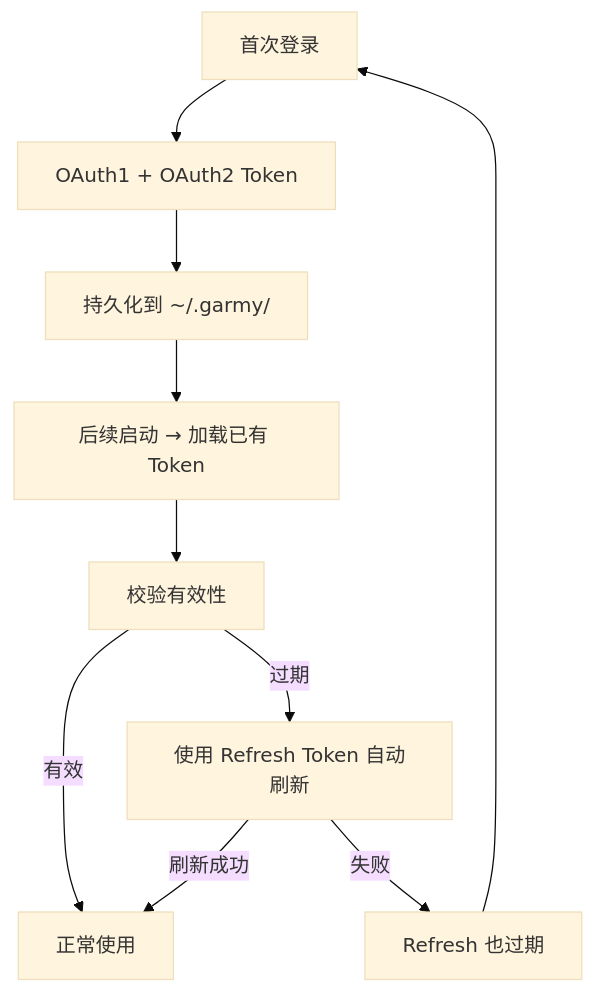
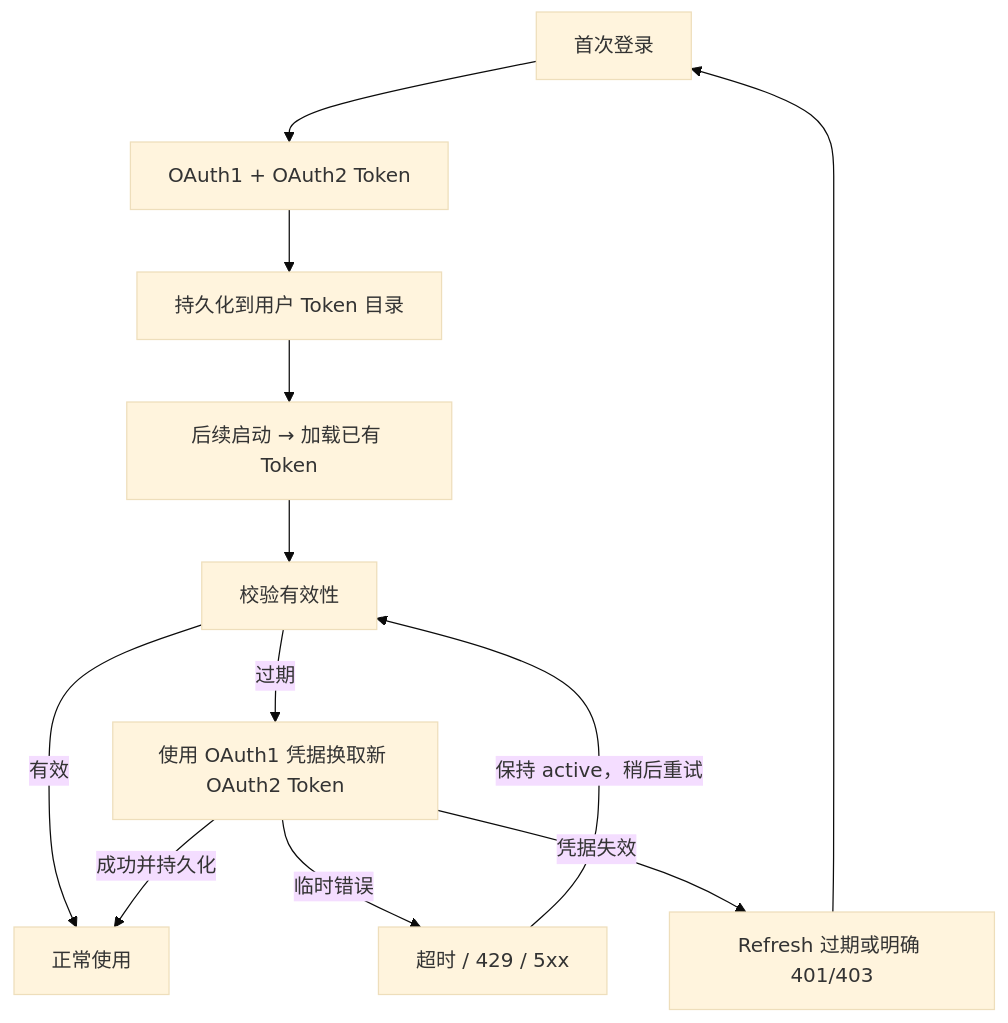
Before and after one commit to qd1993102/rundown: the first of 2 diagrams in docs/design/04-modules.md, drawn with Mermaid (base theme). The commit also changed other lines of this file and 25 other files, not shown here.

````diff
--- a/docs/design/04-modules.md
+++ b/docs/design/04-modules.md
@@ -57,18 +62,21 @@
 ```mermaid
 graph TD
     FIRST["首次登录"]
     TOKEN["OAuth1 + OAuth2 Token"]
-    PERSIST["持久化到 ~/.garmy/"]
+    PERSIST["持久化到用户 Token 目录"]
     LOAD["后续启动 → 加载已有 Token"]
     VALIDATE["校验有效性"]
     USE["正常使用"]
-    REFRESH["使用 Refresh Token 自动刷新"]
-    EXPIRED["Refresh 也过期"]
+    REFRESH["使用 OAuth1 凭据换取新 OAuth2 Token"]
+    TRANSIENT["超时 / 429 / 5xx"]
+    EXPIRED["Refresh 过期或明确 401/403"]
 
     FIRST --> TOKEN --> PERSIST --> LOAD --> VALIDATE
     VALIDATE -->|"有效"| USE
     VALIDATE -->|"过期"| REFRESH
-    REFRESH -->|"刷新成功"| USE
-    REFRESH -->|"失败"| EXPIRED
+    REFRESH -->|"成功并持久化"| USE
+    REFRESH -->|"临时错误"| TRANSIENT
+    REFRESH -->|"凭据失效"| EXPIRED
+    TRANSIENT -->|"保持 active，稍后重试"| VALIDATE
     EXPIRED --> FIRST
 ```
````
